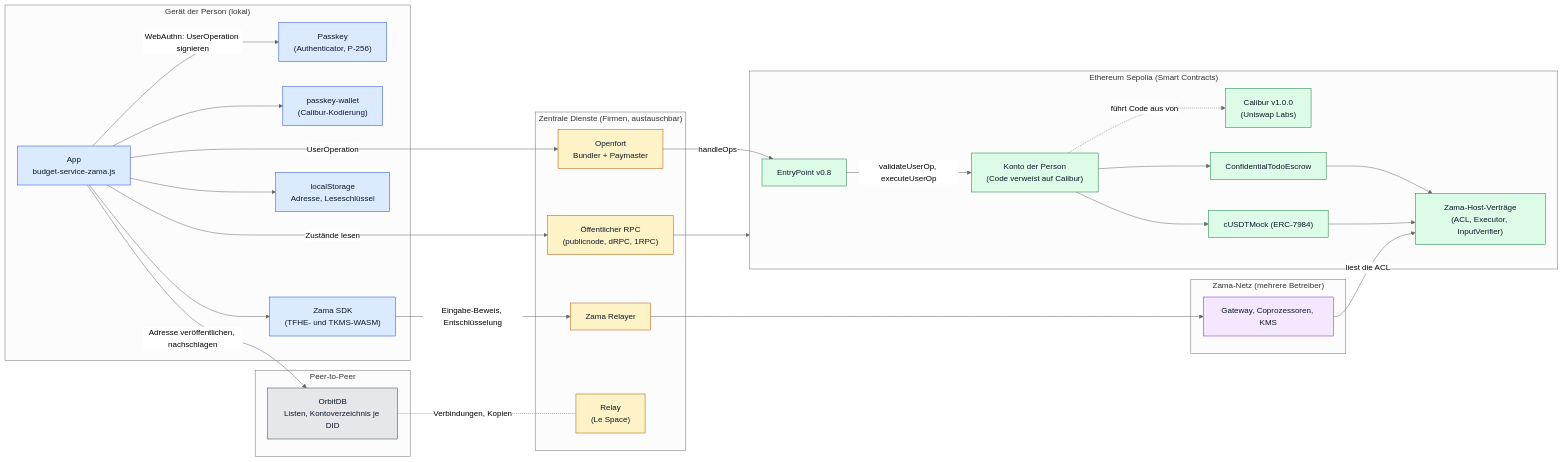
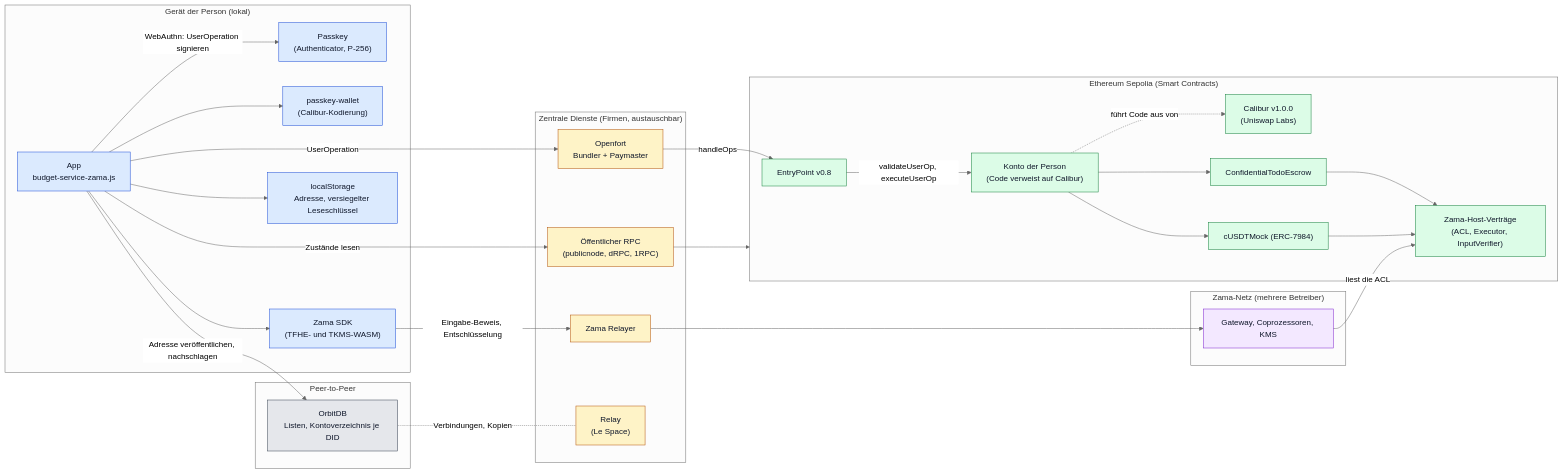
Before and after one commit to Le-Space/simple-todo: the first of 7 diagrams in apps/escrow01/docs/passkey-account.de.md, drawn with Mermaid (neutral theme). The commit also changed other lines of this file and 28 other files, not shown here.

````diff
--- a/apps/escrow01/docs/passkey-account.de.md
+++ b/apps/escrow01/docs/passkey-account.de.md
@@ -63,61 +64,61 @@
 ```mermaid
 flowchart LR
   subgraph Device["Gerät der Person (lokal)"]
     Authenticator["Passkey<br/>(Authenticator, P-256)"]
     App["App<br/>budget-service-zama.js"]
     Wallet["passkey-wallet<br/>(Calibur-Kodierung)"]
     SDK["Zama SDK<br/>(TFHE- und TKMS-WASM)"]
-    Store["localStorage<br/>Adresse, Leseschlüssel"]
+    Store["localStorage<br/>Adresse, versiegelter Leseschlüssel"]
   end
   subgraph Central["Zentrale Dienste (Firmen, austauschbar)"]
     Openfort["Openfort<br/>Bundler + Paymaster"]
     RPC["Öffentlicher RPC<br/>(publicnode, dRPC, 1RPC)"]
     Relayer["Zama Relayer"]
     Relay["Relay<br/>(Le Space)"]
   end
   subgraph Sepolia["Ethereum Sepolia (Smart Contracts)"]
     EP["EntryPoint v0.8"]
     Account["Konto der Person<br/>(Code verweist auf Calibur)"]
     Calibur["Calibur v1.0.0<br/>(Uniswap Labs)"]
     Escrow["ConfidentialTodoEscrow"]
     Token["cUSDTMock (ERC-7984)"]
     Host["Zama-Host-Verträge<br/>(ACL, Executor, InputVerifier)"]
   end
   subgraph ZamaNet["Zama-Netz (mehrere Betreiber)"]
     Gateway["Gateway, Coprozessoren, KMS"]
   end
   subgraph P2P["Peer-to-Peer"]
     OrbitDB["OrbitDB<br/>Listen, Kontoverzeichnis je DID"]
   end
 
   App -- "WebAuthn: UserOperation signieren" --> Authenticator
   App --> Wallet
   App --> SDK
   App --> Store
   App -- "UserOperation" --> Openfort
   App -- "Zustände lesen" --> RPC
   RPC --> Sepolia
   Openfort -- "handleOps" --> EP
   EP -- "validateUserOp, executeUserOp" --> Account
   Account -. "führt Code aus von" .-> Calibur
   Account --> Escrow
   Account --> Token
   Escrow --> Host
   Token --> Host
   SDK -- "Eingabe-Beweis, Entschlüsselung" --> Relayer
   Relayer --> Gateway
   Gateway -- "liest die ACL" --> Host
   App -- "Adresse veröffentlichen, nachschlagen" --> OrbitDB
   OrbitDB -. "Verbindungen, Kopien" .- Relay
 
   classDef lokal fill:#dbeafe,stroke:#1d4ed8,color:#0f172a
   classDef zentral fill:#fef3c7,stroke:#b45309,color:#0f172a
   classDef chain fill:#dcfce7,stroke:#15803d,color:#0f172a
   classDef netz fill:#f3e8ff,stroke:#7e22ce,color:#0f172a
   classDef p2p fill:#e5e7eb,stroke:#374151,color:#0f172a
   class Authenticator,App,Wallet,SDK,Store lokal
   class Openfort,RPC,Relayer,Relay zentral
   class EP,Account,Calibur,Escrow,Token,Host chain
   class Gateway netz
   class OrbitDB p2p
 ```
````
